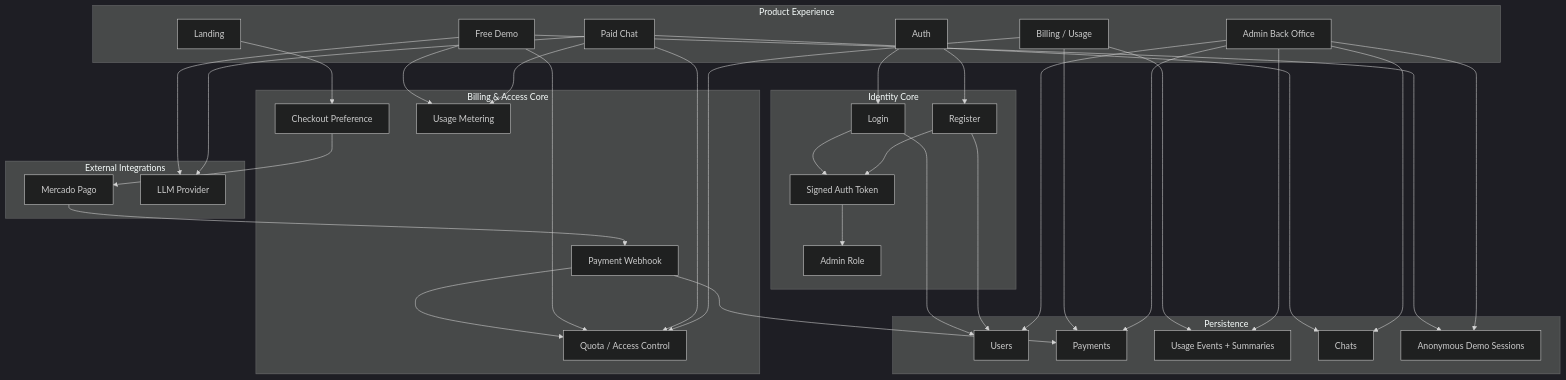
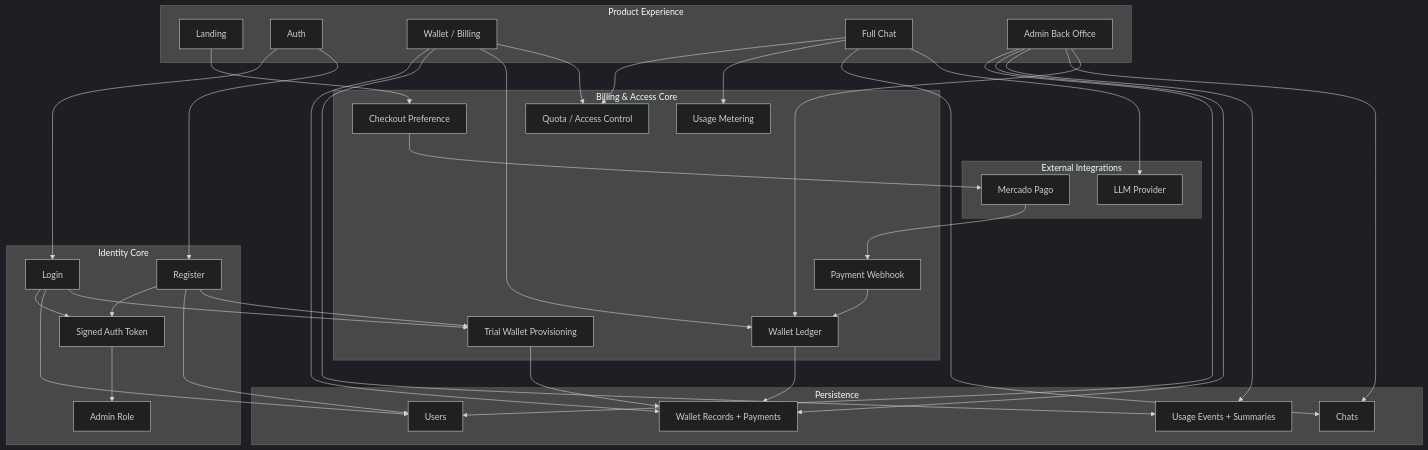
One commit to miguelemosreverte/palindrome-exercise changed the diagram in architecture-components.mmd. Above: the diagram before and after it, drawn with Mermaid (dark theme). The commit also changed 15 other files, not shown here.

Commit message:
Shift product to wallet/trial model and remove Chutes references

```diff
--- a/architecture-components.mmd
+++ b/architecture-components.mmd
@@ -1,70 +1,69 @@
 flowchart TB
     subgraph product[Product Experience]
         landing[Landing]
         authUi[Auth]
-        billing[Billing / Usage]
-        demoUi[Free Demo]
-        chatUi[Paid Chat]
+        walletUi[Wallet / Billing]
+        chatUi[Full Chat]
         backoffice[Admin Back Office]
     end
 
     subgraph billingCore[Billing & Access Core]
+        trial[Trial Wallet Provisioning]
         checkout[Checkout Preference]
         webhook[Payment Webhook]
+        walletCore[Wallet Ledger]
         entitlement[Quota / Access Control]
         usage[Usage Metering]
     end
 
     subgraph identity[Identity Core]
         login[Login]
         register[Register]
         session[Signed Auth Token]
         adminRole[Admin Role]
     end
 
     subgraph storage[Persistence]
         users[Users]
-        payments[Payments]
+        payments[Wallet Records + Payments]
         usageStore[Usage Events + Summaries]
         chats[Chats]
-        anon[Anonymous Demo Sessions]
     end
 
     subgraph integrations[External Integrations]
         mercado[Mercado Pago]
         provider[LLM Provider]
     end
-
-    landing --> checkout
-    checkout --> mercado
-    mercado --> webhook
-    webhook --> payments
-    webhook --> entitlement
 
     authUi --> login
     authUi --> register
     login --> session
     register --> session
     session --> adminRole
     login --> users
     register --> users
-
-    demoUi --> entitlement
-    demoUi --> usage
-    demoUi --> anon
-    demoUi --> provider
+    register --> trial
+    login --> trial
+    trial --> payments
 
     chatUi --> entitlement
     chatUi --> usage
     chatUi --> chats
     chatUi --> provider
 
-    billing --> payments
-    billing --> usageStore
-    billing --> entitlement
+    walletUi --> payments
+    walletUi --> usageStore
+    walletUi --> walletCore
+    walletUi --> entitlement
 
     backoffice --> users
     backoffice --> payments
     backoffice --> usageStore
     backoffice --> chats
-    backoffice --> anon
+    backoffice --> walletCore
+
+    landing --> checkout
+    checkout --> mercado
+    mercado --> webhook
+    webhook --> walletCore
+    walletCore --> payments
```
